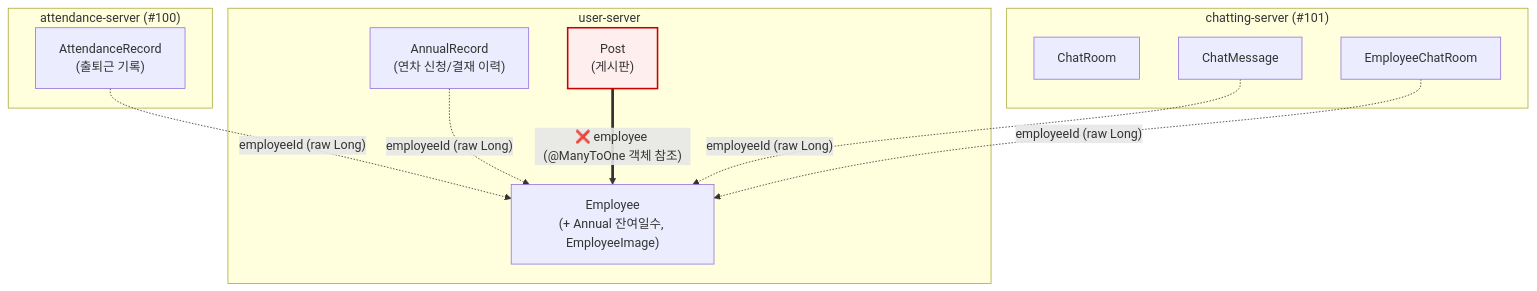
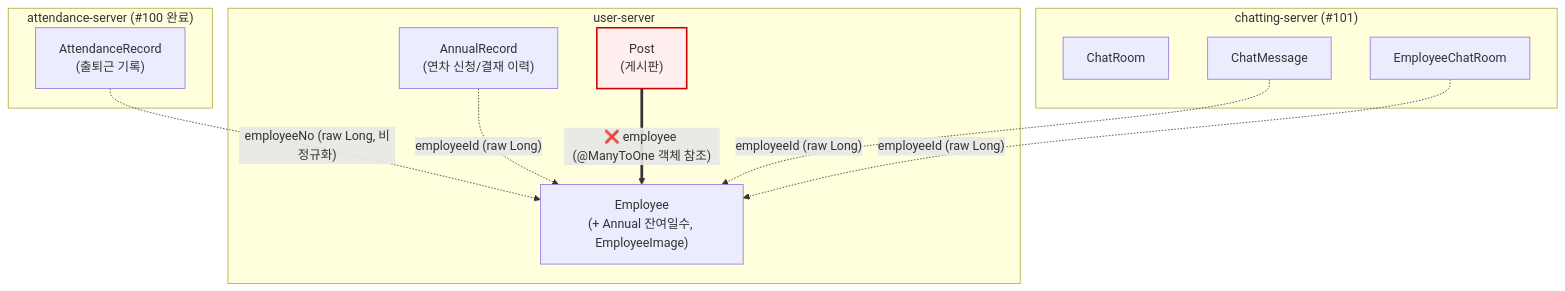
Before and after one commit to chulgunhaza/chulgunhaza-backend: the diagram in docs/aggregate-boundaries.md, drawn with Mermaid. The commit also changed other lines of this file and 44 other files, not shown here.

First line of the commit message:
attendance-server 물리 분리 (#100)

````diff
--- a/docs/aggregate-boundaries.md
+++ b/docs/aggregate-boundaries.md
@@ -25,26 +25,26 @@
 ```mermaid
 graph TB
     subgraph UserServer["user-server"]
         Employee["Employee<br/>(+ Annual 잔여일수, EmployeeImage)"]
         AnnualRecord["AnnualRecord<br/>(연차 신청/결재 이력)"]
         Post["Post<br/>(게시판)"]
     end
 
-    subgraph AttendanceServer["attendance-server (#100)"]
+    subgraph AttendanceServer["attendance-server (#100 완료)"]
         AttendanceRecord["AttendanceRecord<br/>(출퇴근 기록)"]
     end
 
     subgraph ChattingServer["chatting-server (#101)"]
         ChatRoom["ChatRoom"]
         ChatMessage["ChatMessage"]
         EmployeeChatRoom["EmployeeChatRoom"]
     end
 
-    AttendanceRecord -.->|"employeeId (raw Long)"| Employee
+    AttendanceRecord -.->|"employeeNo (raw Long, 비정규화)"| Employee
     AnnualRecord -.->|"employeeId (raw Long)"| Employee
     EmployeeChatRoom -.->|"employeeId (raw Long)"| Employee
     ChatMessage -.->|"employeeId (raw Long)"| Employee
     Post ==>|"❌ employee (@ManyToOne 객체 참조)"| Employee
 
     style Post fill:#fee,stroke:#c00,stroke-width:2px
 ```
````
